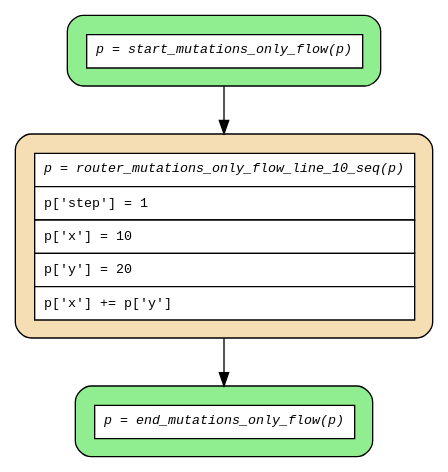
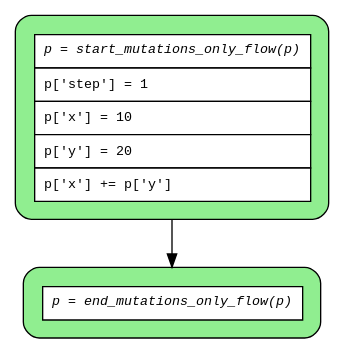
Before and after one commit to mrhillsman-enterprise-ai/asya: the diagram in examples/flows/compiled/mutations_only/flow.dot, drawn with Graphviz. The commit also changed 98 other files, not shown here.

```diff
--- a/examples/flows/compiled/mutations_only/flow.dot
+++ b/examples/flows/compiled/mutations_only/flow.dot
@@ -1,13 +1,11 @@
 digraph flow {
   rankdir=TB;
   graph [fontname="Courier", fontsize=10];
   node [fontname="Courier", fontsize=10, shape=box, style="filled,rounded", margin="0.2"];
   edge [fontname="Courier", fontsize=10];
 
-  start_mutations_only_flow [fillcolor="lightgreen", label=<<table border="0" cellspacing="0" cellpadding="6" cellborder="1"><tr><td bgcolor="white" align="center"><i>p = start_mutations_only_flow(p)</i></td></tr></table>>];
-  router_mutations_only_flow_line_10_seq [fillcolor="wheat", label=<<table border="0" cellspacing="0" cellpadding="6" cellborder="1"><tr><td bgcolor="white" align="center"><i>p = router_mutations_only_flow_line_10_seq(p)</i></td></tr><tr><td bgcolor="white" align="left">p['step'] = 1</td></tr><tr><td bgcolor="white" align="left">p['x'] = 10</td></tr><tr><td bgcolor="white" align="left">p['y'] = 20</td></tr><tr><td bgcolor="white" align="left">p['x'] += p['y']</td></tr></table>>];
-  end_mutations_only_flow [fillcolor="lightgreen", label=<<table border="0" cellspacing="0" cellpadding="6" cellborder="1"><tr><td bgcolor="white" align="center"><i>p = end_mutations_only_flow(p)</i></td></tr></table>>];
+  start_mutations_only_flow [fillcolor="lightgreen", group="main", label=<<table border="0" cellspacing="0" cellpadding="6" cellborder="1"><tr><td bgcolor="white" align="center"><i>p = start_mutations_only_flow(p)</i></td></tr><tr><td bgcolor="white" align="left">p['step'] = 1</td></tr><tr><td bgcolor="white" align="left">p['x'] = 10</td></tr><tr><td bgcolor="white" align="left">p['y'] = 20</td></tr><tr><td bgcolor="white" align="left">p['x'] += p['y']</td></tr></table>>];
+  end_mutations_only_flow [fillcolor="lightgreen", group="main", label=<<table border="0" cellspacing="0" cellpadding="6" cellborder="1"><tr><td bgcolor="white" align="center"><i>p = end_mutations_only_flow(p)</i></td></tr></table>>];
 
-  router_mutations_only_flow_line_10_seq -> end_mutations_only_flow;
-  start_mutations_only_flow -> router_mutations_only_flow_line_10_seq;
+  start_mutations_only_flow -> end_mutations_only_flow;
 }
```
